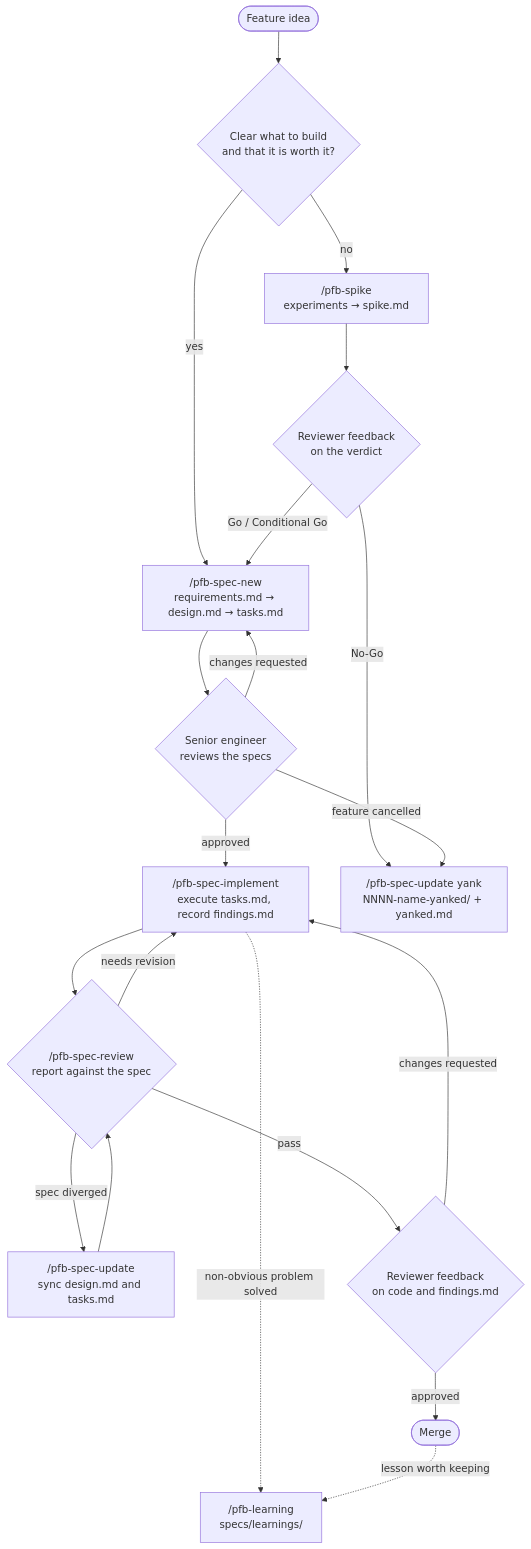
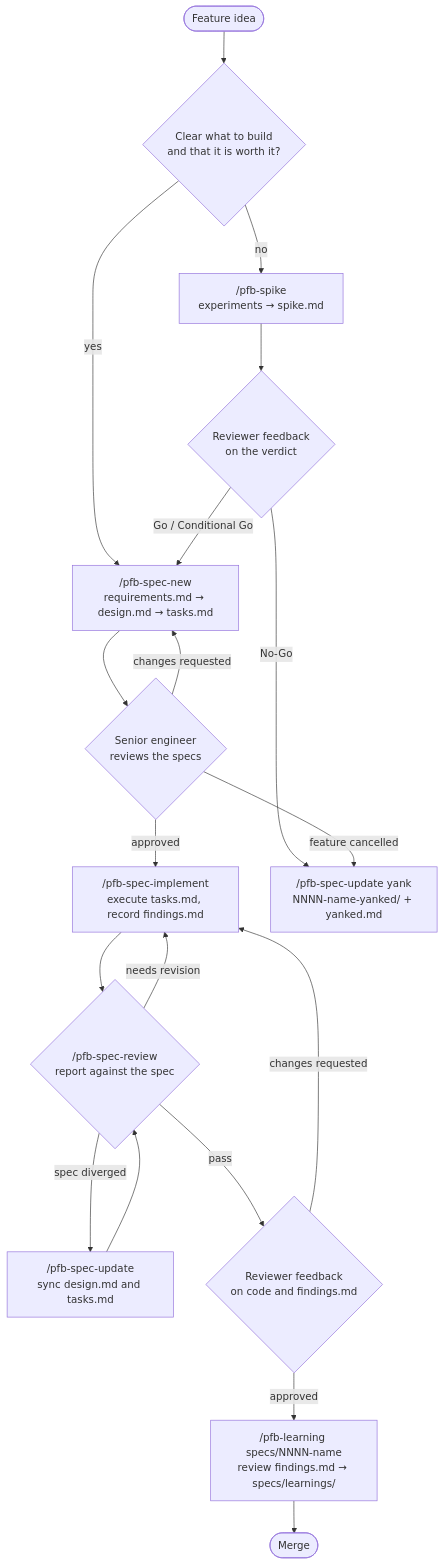
Before and after one commit to PeopleForBikes/ai-toolkit: the diagram in README.md, drawn with Mermaid. The commit also changed other lines of this file and 11 other files, not shown here.

First line of the commit message:
Store specs per workspace member and review findings before merge (#1)

````diff
--- a/README.md
+++ b/README.md
@@ -119,36 +126,35 @@
 ```mermaid
 flowchart TD
     idea(["Feature idea"])
     sure{"Clear what to build<br/>and that it is worth it?"}
     spike["/pfb-spike<br/>experiments → spike.md"]
     verdict{"Reviewer feedback<br/>on the verdict"}
     new["/pfb-spec-new<br/>requirements.md → design.md → tasks.md"]
     senior{"Senior engineer<br/>reviews the specs"}
     implement["/pfb-spec-implement<br/>execute tasks.md, record findings.md"]
     review{"/pfb-spec-review<br/>report against the spec"}
     update["/pfb-spec-update<br/>sync design.md and tasks.md"]
     yank["/pfb-spec-update yank<br/>NNNN-name-yanked/ + yanked.md"]
-    learning["/pfb-learning<br/>specs/learnings/"]
+    learning["/pfb-learning specs/NNNN-name<br/>review findings.md → specs/learnings/"]
     final{"Reviewer feedback<br/>on code and findings.md"}
     done(["Merge"])
 
     idea --> sure
     sure -- yes --> new
     sure -- no --> spike
     spike --> verdict
     verdict -- Go / Conditional Go --> new
     verdict -- No-Go --> yank
     new --> senior
     senior -- changes requested --> new
     senior -- approved --> implement
     senior -- feature cancelled --> yank
     implement --> review
     review -- needs revision --> implement
     review -- spec diverged --> update
     update --> review
     review -- pass --> final
     final -- changes requested --> implement
-    final -- approved --> done
-    implement -. non-obvious problem solved .-> learning
-    done -. lesson worth keeping .-> learning
+    final -- approved --> learning
+    learning --> done
 ```
````
